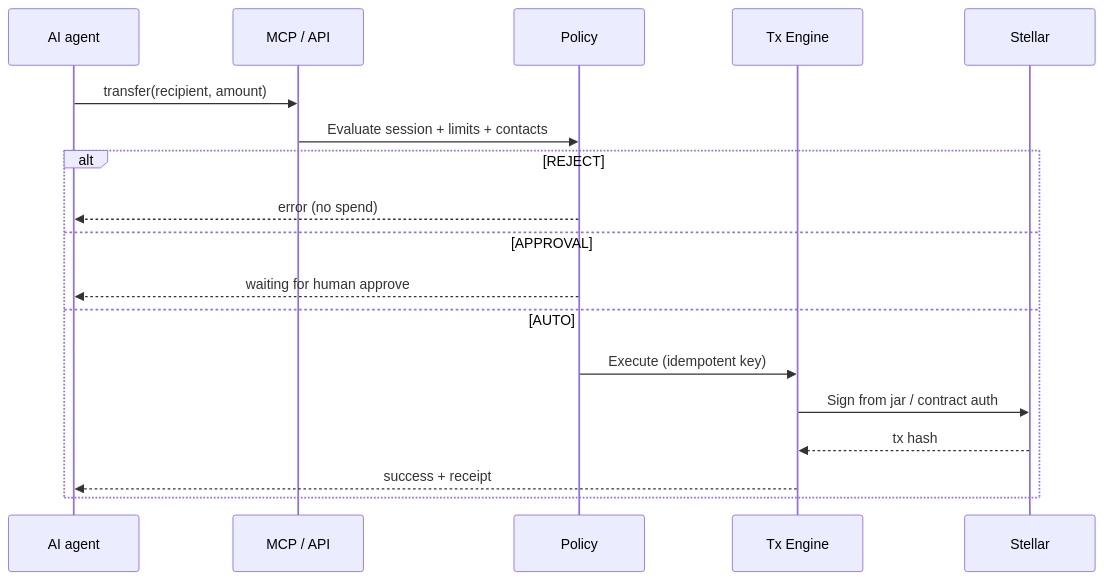
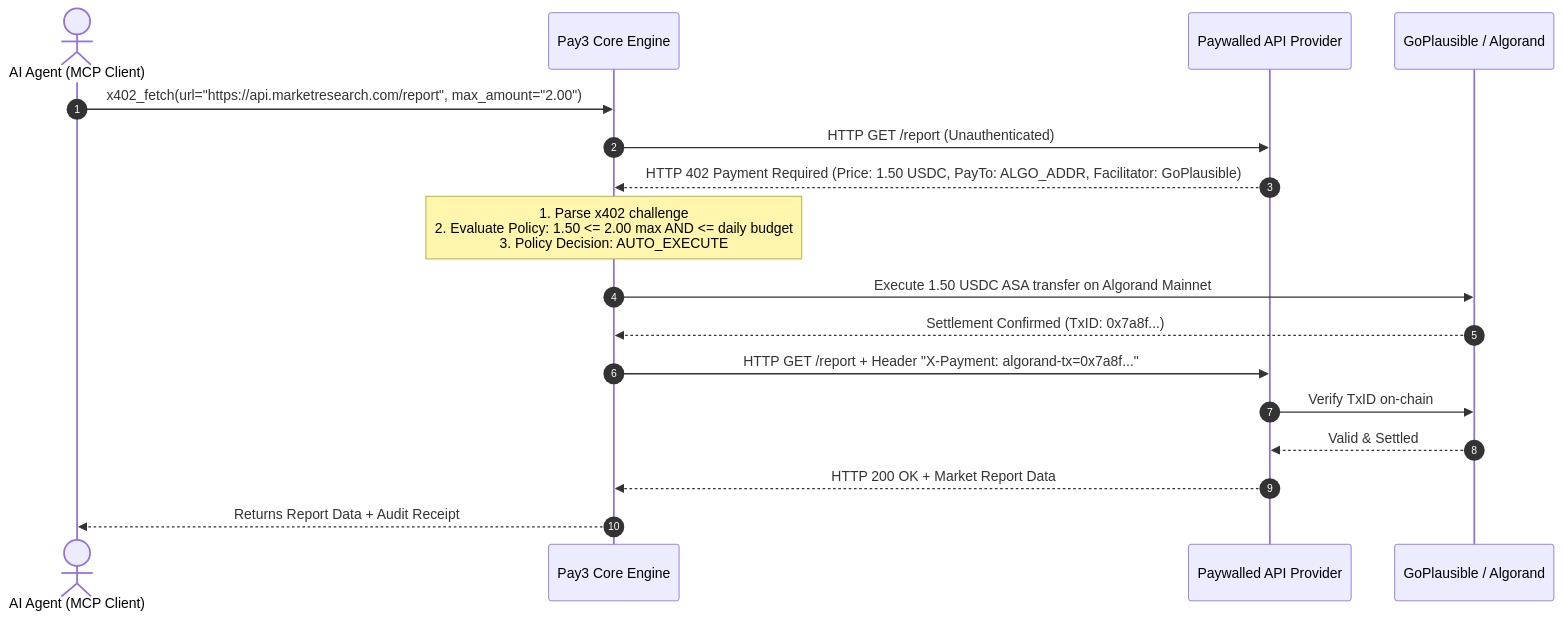
Before and after one commit to debuuuuuu/PAY3: the diagram in README.md, drawn with Mermaid. The commit also changed other lines of this file and 8 other files, not shown here.

Commit message:
docs: master documentation suite for multi-chain evolution and Algorand x402 specification

````diff
--- a/README.md
+++ b/README.md
@@ -317,21 +199,20 @@
 ```mermaid
 sequenceDiagram
-  participant AI as AI agent
-  participant M as MCP / API
-  participant P as Policy
-  participant T as Tx Engine
-  participant S as Stellar
-
-  AI->>M: transfer(recipient, amount)
-  M->>P: Evaluate session + limits + contacts
-  alt REJECT
-    P-->>AI: error (no spend)
-  else APPROVAL
-    P-->>AI: waiting for human approve
-  else AUTO
-    P->>T: Execute (idempotent key)
-    T->>S: Sign from jar / contract auth
-    S-->>T: tx hash
-    T-->>AI: success + receipt
-  end
+    autonumber
+    actor AI as AI Agent (MCP Client)
+    participant Pay3 as Pay3 Core Engine
+    participant API as Paywalled API Provider
+    participant Facilitator as GoPlausible / Algorand
+    
+    AI->>Pay3: x402_fetch(url="https://api.marketresearch.com/report", max_amount="2.00")
+    Pay3->>API: HTTP GET /report (Unauthenticated)
+    API-->>Pay3: HTTP 402 Payment Required (Price: 1.50 USDC, PayTo: ALGO_ADDR, Facilitator: GoPlausible)
+    Note over Pay3: 1. Parse x402 challenge<br/>2. Evaluate Policy: 1.50 <= 2.00 max AND <= daily budget<br/>3. Policy Decision: AUTO_EXECUTE
+    Pay3->>Facilitator: Execute 1.50 USDC ASA transfer on Algorand Mainnet
+    Facilitator-->>Pay3: Settlement Confirmed (TxID: 0x7a8f...)
+    Pay3->>API: HTTP GET /report + Header "X-Payment: algorand-tx=0x7a8f..."
+    API->>Facilitator: Verify TxID on-chain
+    Facilitator-->>API: Valid & Settled
+    API-->>Pay3: HTTP 200 OK + Market Report Data
+    Pay3-->>AI: Returns Report Data + Audit Receipt
 ```
````
